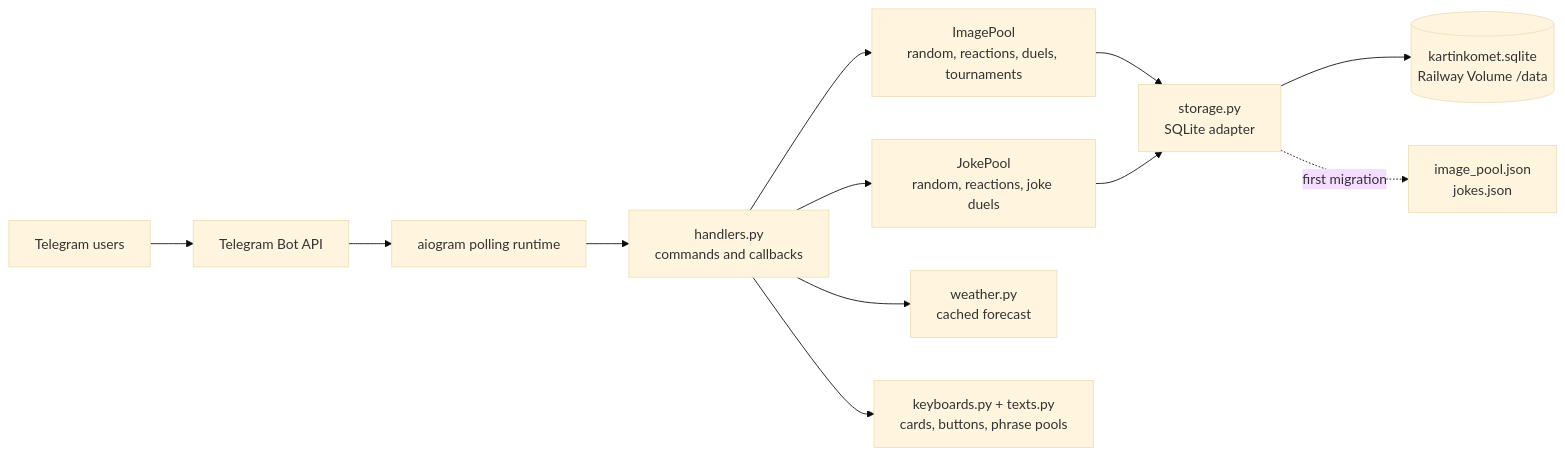
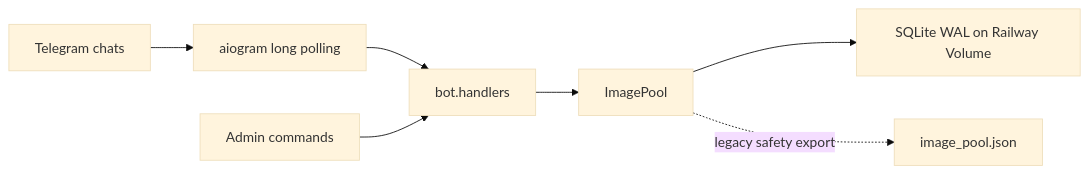
One commit to StonerHand/kartinkomet-bot changed the first of 2 diagrams in README.md. Above: the diagram before and after it, drawn with Mermaid (base theme). The commit also changed other lines of this file and 15 other files, not shown here.

Commit message:
Remove jokes weather and Cloudflare runtime

````diff
--- a/README.md
+++ b/README.md
@@ -40,14 +31,9 @@
 ```mermaid
 flowchart LR
-    U["Telegram users"] --> TG["Telegram Bot API"]
-    TG --> A["aiogram polling runtime"]
-    A --> H["handlers.py<br/>commands and callbacks"]
-    H --> IP["ImagePool<br/>random, reactions, duels, tournaments"]
-    H --> JP["JokePool<br/>random, reactions, joke duels"]
-    H --> W["weather.py<br/>cached forecast"]
-    IP --> S["storage.py<br/>SQLite adapter"]
-    JP --> S
-    S --> DB[("kartinkomet.sqlite<br/>Railway Volume /data")]
-    S -. "first migration" .-> JSON["image_pool.json<br/>jokes.json"]
-    H --> UI["keyboards.py + texts.py<br/>cards, buttons, phrase pools"]
+    TG["Telegram chats"] --> AIO["aiogram long polling"]
+    AIO --> H["bot.handlers"]
+    H --> IMG["ImagePool"]
+    IMG --> SQL["SQLite WAL on Railway Volume"]
+    IMG -. "legacy safety export" .-> JSON["image_pool.json"]
+    ADM["Admin commands"] --> H
 ```
````
